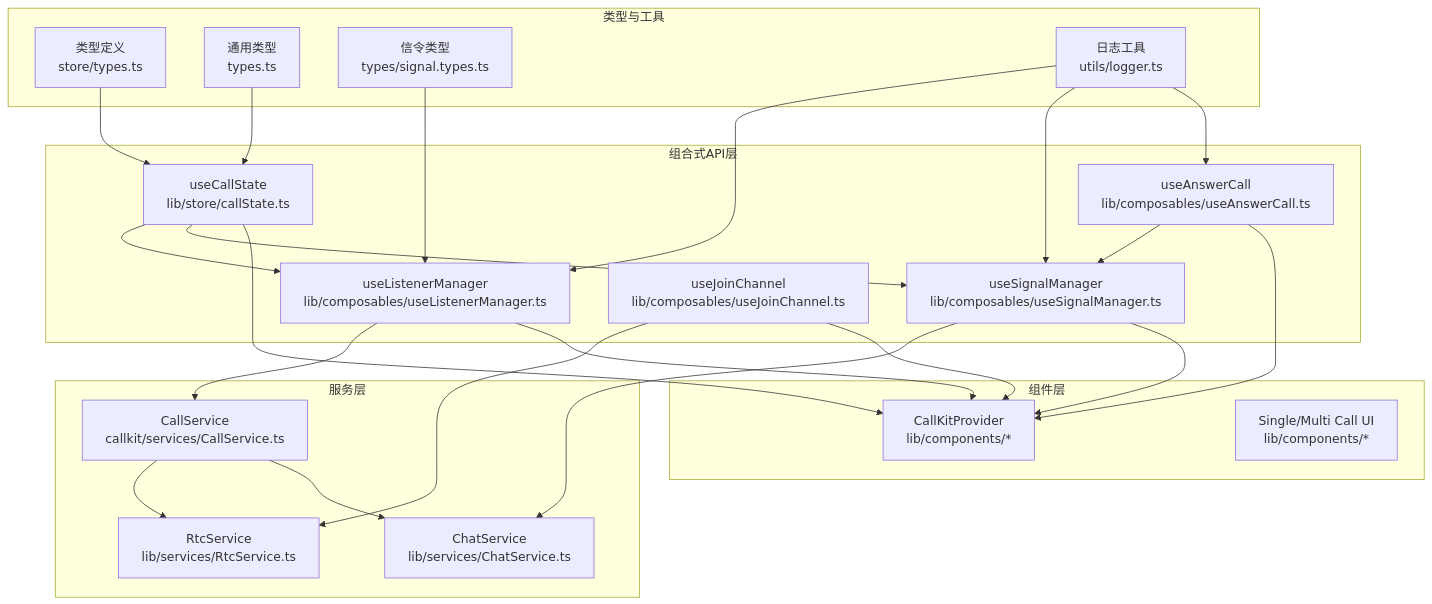
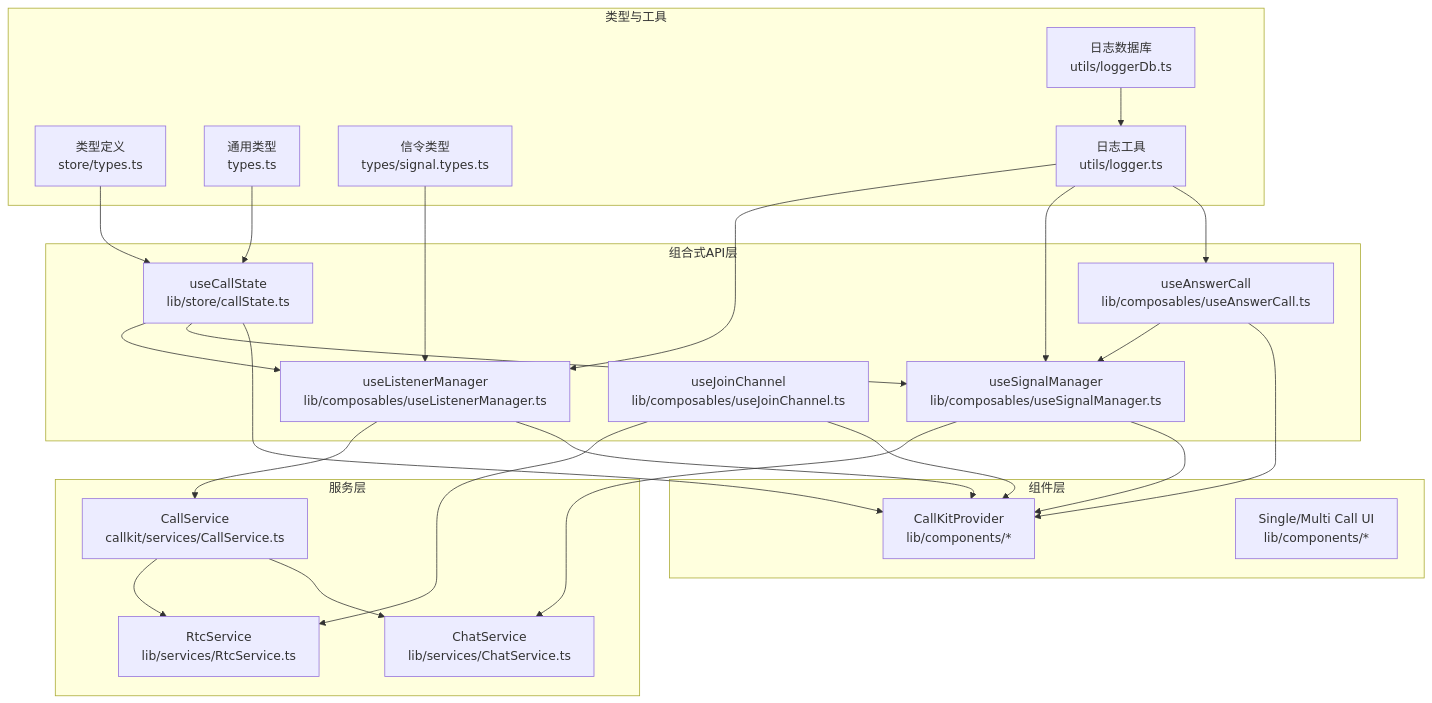
The first of 7 diagrams in .qoder/repowiki/zh/content/高级功能/高级功能.md (Easemob-Community/easemob-uikit-callkit-vue3), drawn with Mermaid before and after one commit. The commit also changed other lines of this file and 58 other files, not shown here.

````diff
--- a/.qoder/repowiki/zh/content/高级功能/高级功能.md
+++ b/.qoder/repowiki/zh/content/高级功能/高级功能.md
@@ -44,44 +55,46 @@
 ```mermaid
 graph TB
 subgraph "类型与工具"
 T1["类型定义<br/>store/types.ts"]
 T2["通用类型<br/>types.ts"]
 T3["信令类型<br/>types/signal.types.ts"]
 U1["日志工具<br/>utils/logger.ts"]
+U2["日志数据库<br/>utils/loggerDb.ts"]
 end
 subgraph "服务层"
 S1["CallService<br/>callkit/services/CallService.ts"]
 S2["RtcService<br/>lib/services/RtcService.ts"]
 S3["ChatService<br/>lib/services/ChatService.ts"]
 end
 subgraph "组合式API层"
 C1["useCallState<br/>lib/store/callState.ts"]
 C2["useListenerManager<br/>lib/composables/useListenerManager.ts"]
 C3["useSignalManager<br/>lib/composables/useSignalManager.ts"]
 C4["useAnswerCall<br/>lib/composables/useAnswerCall.ts"]
 C5["useJoinChannel<br/>lib/composables/useJoinChannel.ts"]
 end
 subgraph "组件层"
 V1["CallKitProvider<br/>lib/components/*"]
 V2["Single/Multi Call UI<br/>lib/components/*"]
 end
 T1 --> C1
 T2 --> C1
 T3 --> C2
 U1 --> C2
 U1 --> C3
 U1 --> C4
+U2 --> U1
 C1 --> C2
 C1 --> C3
 C2 --> S1
 C3 --> S3
 C4 --> C3
 C5 --> S2
 S1 --> S2
 S1 --> S3
 C1 --> V1
 C2 --> V1
 C3 --> V1
 C4 --> V1
 C5 --> V1
 ```
````
